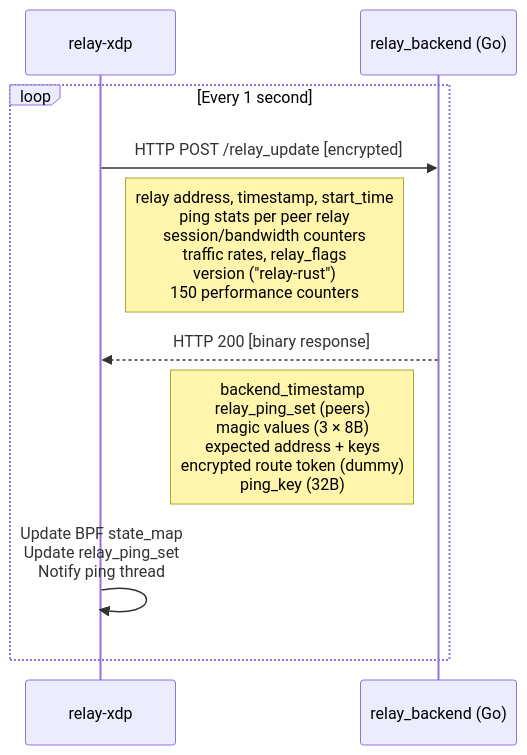
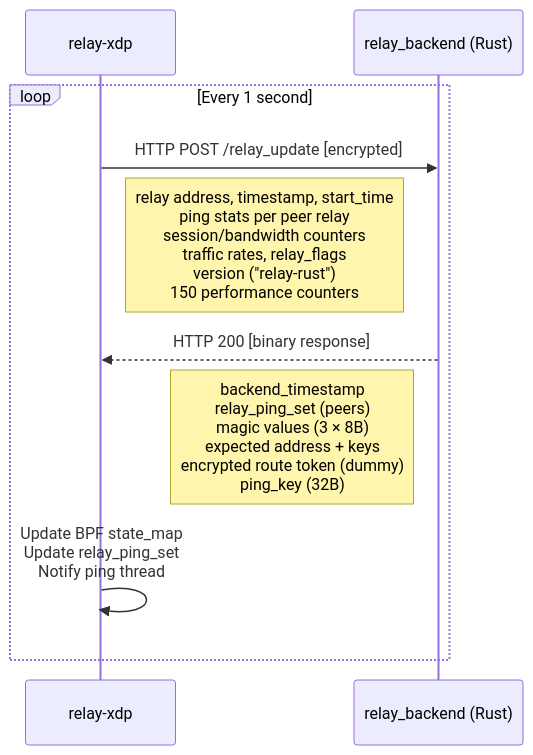
Before and after one commit to brianpht/relay-xdp: the second of 8 diagrams in docs/architecture.md, drawn with Mermaid. The commit also changed other lines of this file and 20 other files, not shown here.

Commit message:
Add relay backend library and configuration modules

````diff
--- a/docs/architecture.md
+++ b/docs/architecture.md
@@ -402,13 +472,13 @@
 ```mermaid
 sequenceDiagram
     participant R as relay-xdp
-    participant B as relay_backend (Go)
+    participant B as relay_backend (Rust)
 
     loop Every 1 second
         R->>B: HTTP POST /relay_update [encrypted]
         Note right of R: relay address, timestamp, start_time<br/>ping stats per peer relay<br/>session/bandwidth counters<br/>traffic rates, relay_flags<br/>version ("relay-rust")<br/>150 performance counters
         B-->>R: HTTP 200 [binary response]
         Note left of B: backend_timestamp<br/>relay_ping_set (peers)<br/>magic values (3 × 8B)<br/>expected address + keys<br/>encrypted route token (dummy)<br/>ping_key (32B)
         R->>R: Update BPF state_map<br/>Update relay_ping_set<br/>Notify ping thread
     end
 ```
````
